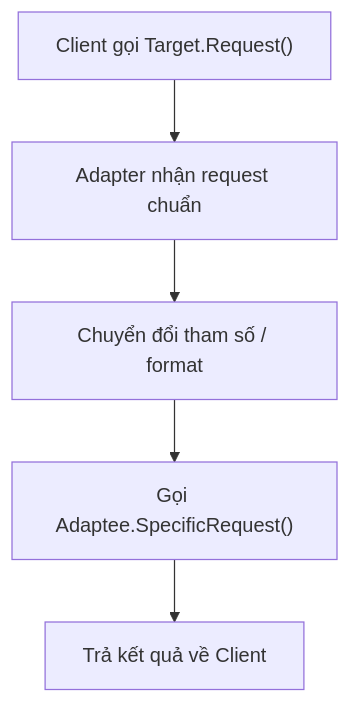
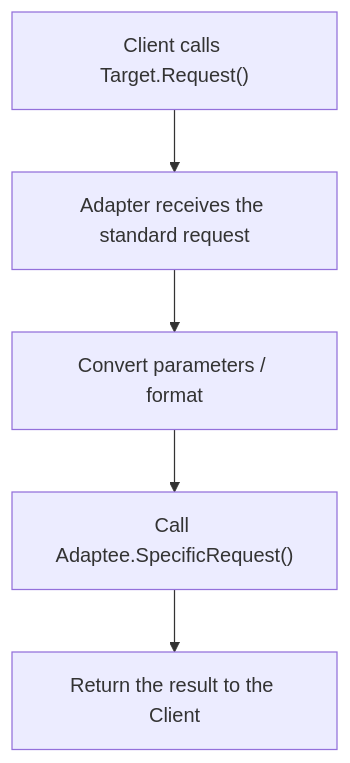
The second of 3 diagrams in Doc/en/02-Design-Patterns/02-Catalog/02-Structural/01-adapter.md (bugkodc/Road_Map_GameDev), drawn with Mermaid before and after one commit. The commit also changed other lines of this file and 38 other files, not shown here.

First line of the commit message:
Translate residual Vietnamese in English docs (diagrams, code, strings)

````diff
--- a/Doc/en/02-Design-Patterns/02-Catalog/02-Structural/01-adapter.md
+++ b/Doc/en/02-Design-Patterns/02-Catalog/02-Structural/01-adapter.md
@@ -49,7 +49,7 @@
 ```mermaid
 flowchart TD
-  A["Client gọi Target.Request()"] --> B["Adapter nhận request chuẩn"]
-  B --> C["Chuyển đổi tham số / format"]
-  C --> D["Gọi Adaptee.SpecificRequest()"]
-  D --> E["Trả kết quả về Client"]
+  A["Client calls Target.Request()"] --> B["Adapter receives the standard request"]
+  B --> C["Convert parameters / format"]
+  C --> D["Call Adaptee.SpecificRequest()"]
+  D --> E["Return the result to the Client"]
 ```
````
